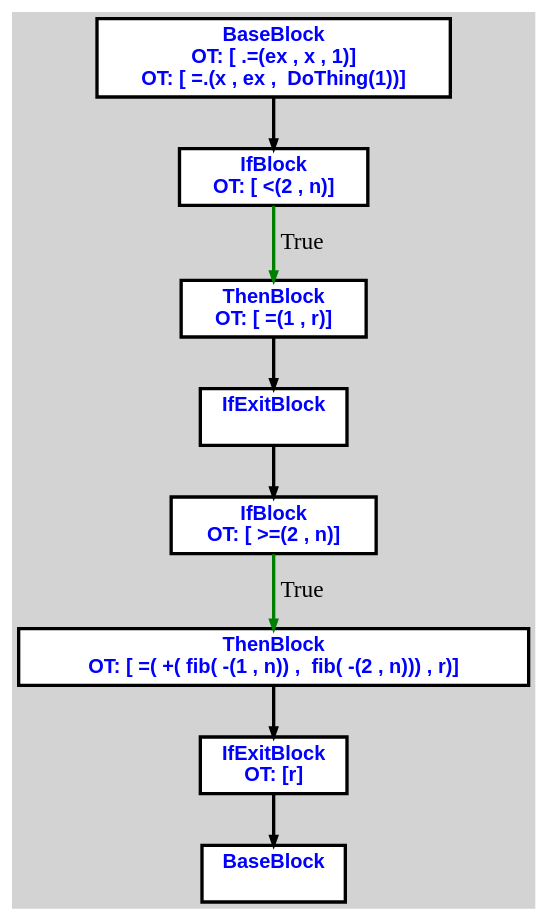
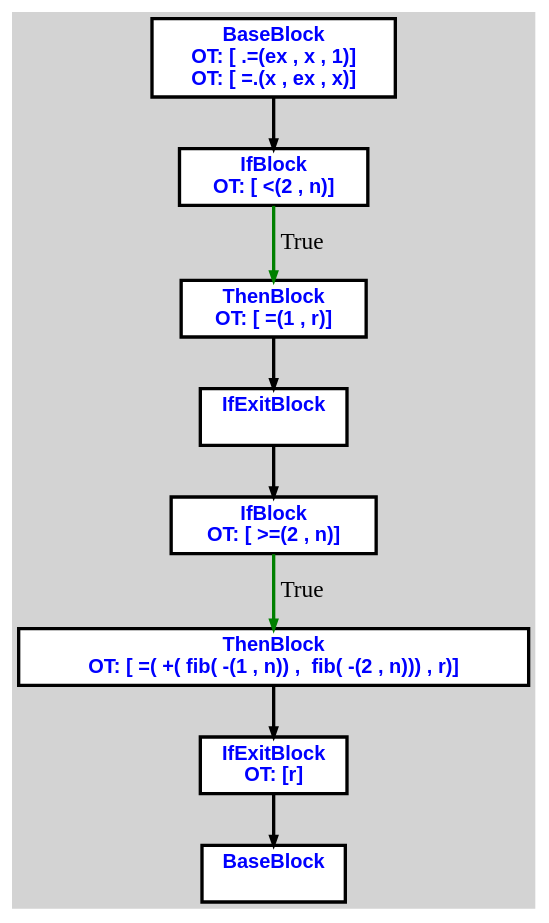
One commit to aveen007/CountingMonkeys changed the diagram in cpoCompilerWin/input2.txt.fib.dot. Above: the diagram before and after it, drawn with Graphviz. The commit also changed 16 other files, not shown here.

```diff
--- a/cpoCompilerWin/input2.txt.fib.dot
+++ b/cpoCompilerWin/input2.txt.fib.dot
@@ -1,29 +1,29 @@
 digraph G {
 ordering=out;
 ranksep=.4;
 bgcolor="lightgrey";  node [shape=box, fixedsize=false, fontsize=12, fontname="Helvetica-bold", fontcolor="blue"
 width=.25, height=.25, color="black", fillcolor="white", style="filled, solid, bold"];
 
-edge [arrowsize=.5, color="black", style="bold"]    n00001244F5DA3620 [label="BaseBlock\n OT: [ .=(ex , x , 1)]
-OT: [ =.(x , ex ,  DoThing(1))]
+edge [arrowsize=.5, color="black", style="bold"]    n000011613CBA3620 [label="BaseBlock\n OT: [ .=(ex , x , 1)]
+OT: [ =.(x , ex , x)]
 "]
-    n00001244F5DA3980 [label="IfBlock\n OT: [ <(2 , n)]
+    n000011613CBA3980 [label="IfBlock\n OT: [ <(2 , n)]
 "]
-    n00001244F5DA3620 -> n00001244F5DA3980
-    n00001244F5DA3980 -> n00001244F5DA39E0 [label="True" color="green"]
-    n00001244F5DA39E0 [label="ThenBlock\n OT: [ =(1 , r)]
+    n000011613CBA3620 -> n000011613CBA3980
+    n000011613CBA3980 -> n000011613CBA39E0 [label="True" color="green"]
+    n000011613CBA39E0 [label="ThenBlock\n OT: [ =(1 , r)]
 "]
-    n00001244F5DA3A40 [label="IfExitBlock\n "]
-    n00001244F5DA39E0 -> n00001244F5DA3A40
-    n00001244F5DA3AA0 [label="IfBlock\n OT: [ >=(2 , n)]
+    n000011613CBA3A40 [label="IfExitBlock\n "]
+    n000011613CBA39E0 -> n000011613CBA3A40
+    n000011613CBA3AA0 [label="IfBlock\n OT: [ >=(2 , n)]
 "]
-    n00001244F5DA3A40 -> n00001244F5DA3AA0
-    n00001244F5DA3AA0 -> n00001244F5DA3B00 [label="True" color="green"]
-    n00001244F5DA3B00 [label="ThenBlock\n OT: [ =( +( fib( -(1 , n)) ,  fib( -(2 , n))) , r)]
+    n000011613CBA3A40 -> n000011613CBA3AA0
+    n000011613CBA3AA0 -> n000011613CBA3B00 [label="True" color="green"]
+    n000011613CBA3B00 [label="ThenBlock\n OT: [ =( +( fib( -(1 , n)) ,  fib( -(2 , n))) , r)]
 "]
-    n00001244F5DA3B60 [label="IfExitBlock\n OT: [r]
+    n000011613CBA3B60 [label="IfExitBlock\n OT: [r]
 "]
-    n00001244F5DA3B00 -> n00001244F5DA3B60
-    n00001244F5DA3BC0 [label="BaseBlock\n "]
-    n00001244F5DA3B60 -> n00001244F5DA3BC0
+    n000011613CBA3B00 -> n000011613CBA3B60
+    n000011613CBA3BC0 [label="BaseBlock\n "]
+    n000011613CBA3B60 -> n000011613CBA3BC0
 }
```
